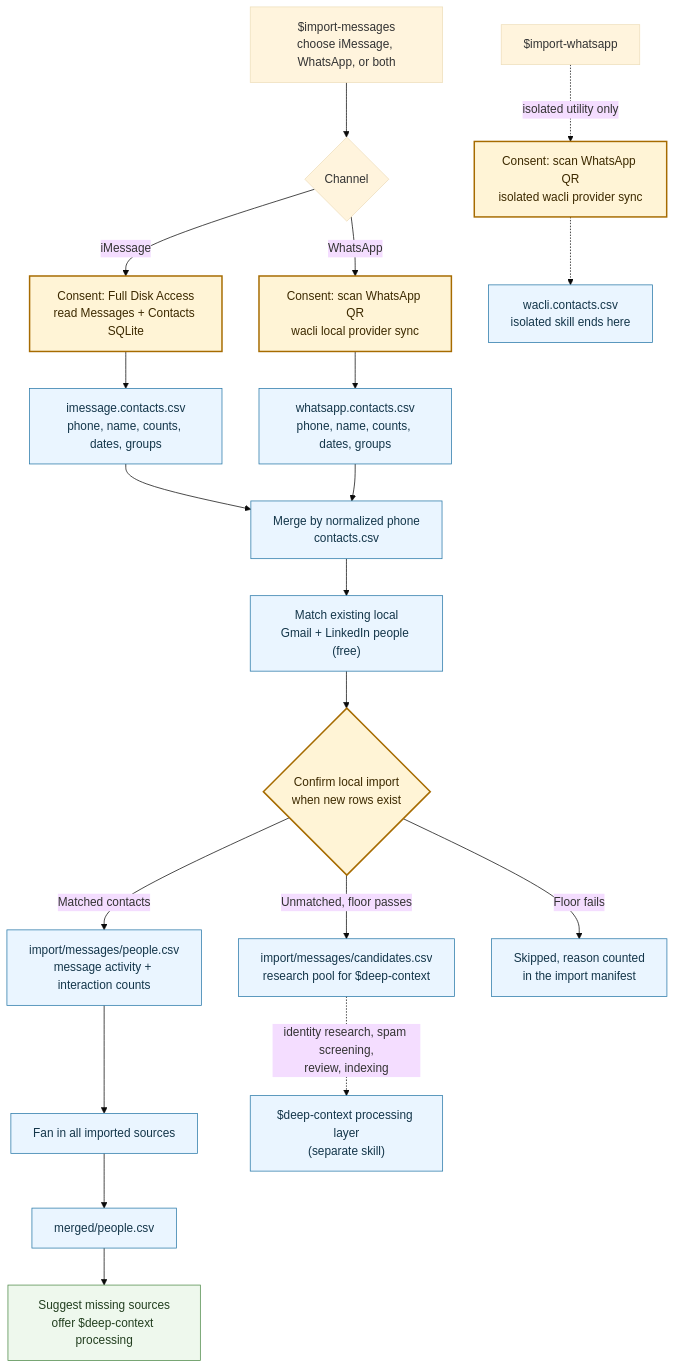
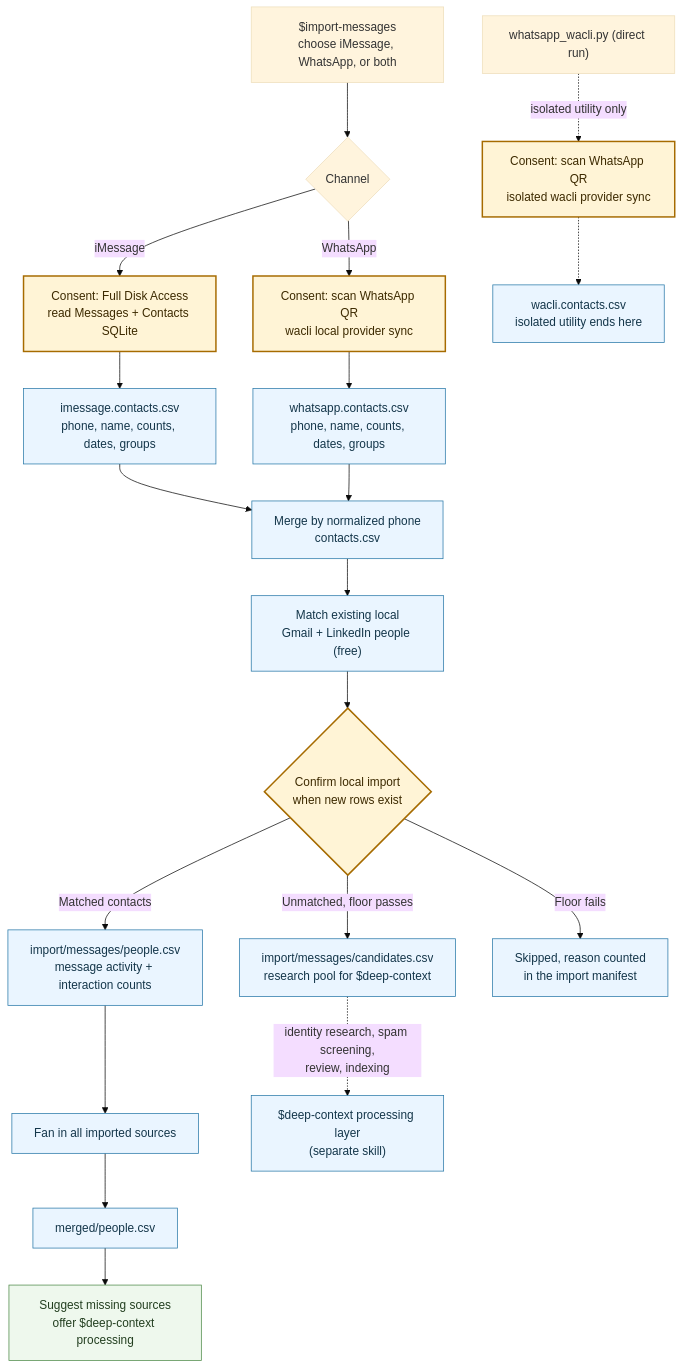
Before and after one commit to powerset-co/powerpacks: the diagram in packs/ingestion/docs/message-import-pipeline.md, drawn with Mermaid (base theme). The commit also changed other lines of this file and 27 other files, not shown here.

````diff
--- a/packs/ingestion/docs/message-import-pipeline.md
+++ b/packs/ingestion/docs/message-import-pipeline.md
@@ -45,30 +50,30 @@
 ```mermaid
 flowchart TD
     A["$import-messages<br/>choose iMessage, WhatsApp, or both"] --> B{"Channel"}
     B -->|iMessage| C["Consent: Full Disk Access<br/>read Messages + Contacts SQLite"]
     B -->|WhatsApp| D["Consent: scan WhatsApp QR<br/>wacli local provider sync"]
     C --> E["imessage.contacts.csv<br/>phone, name, counts, dates, groups"]
     D --> F["whatsapp.contacts.csv<br/>phone, name, counts, dates, groups"]
     E --> G["Merge by normalized phone<br/>contacts.csv"]
     F --> G
 
     G --> H["Match existing local<br/>Gmail + LinkedIn people (free)"]
     H --> P{"Confirm local import<br/>when new rows exist"}
     P -->|Matched contacts| Q["import/messages/people.csv<br/>message activity + interaction counts"]
     P -->|Unmatched, floor passes| Q1["import/messages/candidates.csv<br/>research pool for $deep-context"]
     P -->|Floor fails| Q2["Skipped, reason counted<br/>in the import manifest"]
 
     Q --> R["Fan in all imported sources"]
     R --> S["merged/people.csv"]
     S --> T["Suggest missing sources<br/>offer $deep-context processing"]
     Q1 -. "identity research, spam screening,<br/>review, indexing" .-> U["$deep-context processing layer<br/>(separate skill)"]
 
-    W["$import-whatsapp"] -. "isolated utility only" .-> D0["Consent: scan WhatsApp QR<br/>isolated wacli provider sync"]
-    D0 -.-> X["wacli.contacts.csv<br/>isolated skill ends here"]
+    W["whatsapp_wacli.py (direct run)"] -. "isolated utility only" .-> D0["Consent: scan WhatsApp QR<br/>isolated wacli provider sync"]
+    D0 -.-> X["wacli.contacts.csv<br/>isolated utility ends here"]
     classDef gate fill:#fff4d6,stroke:#a66b00,color:#3d2a00,stroke-width:2px;
     classDef local fill:#eaf5ff,stroke:#2878a8,color:#14364a;
     classDef output fill:#eef8ed,stroke:#4f8a49,color:#233f20;
     class C,D,D0,P gate;
     class E,F,G,H,Q,Q1,Q2,R,S,U,X local;
     class T output;
 ```
````
